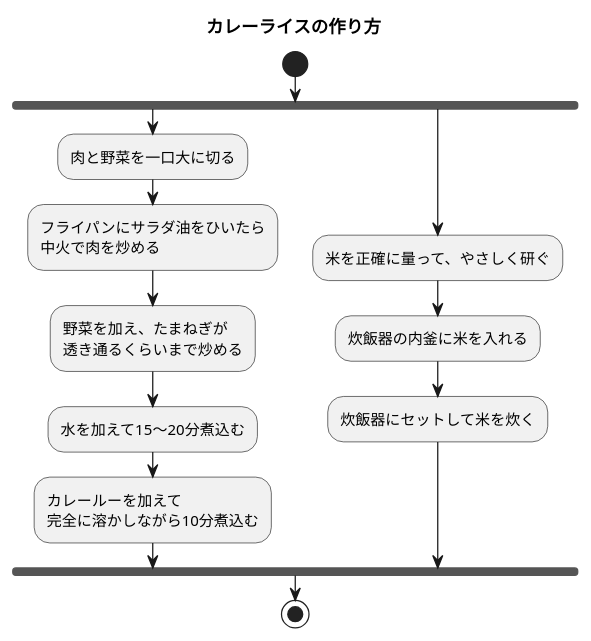
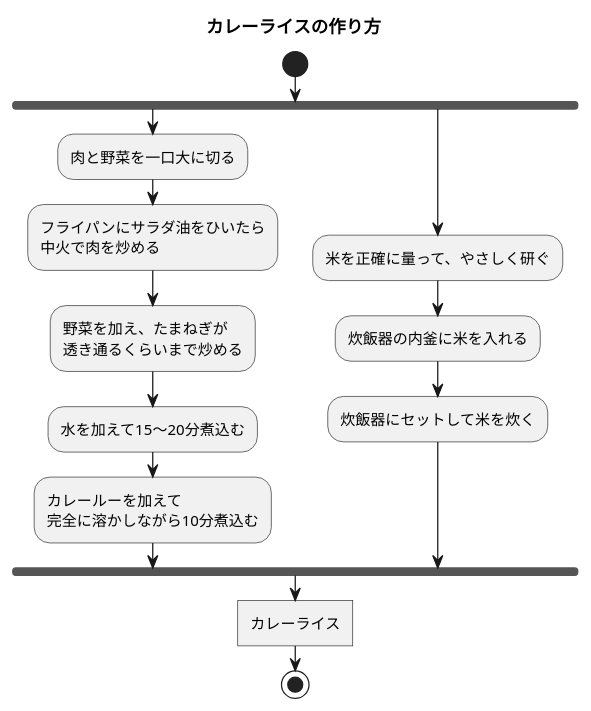
One commit to Kuya0307/unl-introduction changed the diagram in 図7/7章練習_ACカレーライス.pu. Above: the diagram before and after it, drawn with PlantUML.

Commit message:
アクティビティ図を修正

```diff
--- a/図7/7章練習_ACカレーライス.pu
+++ b/図7/7章練習_ACカレーライス.pu
@@ -1,19 +1,20 @@
 @startuml アクティビティ図
     title カレーライスの作り方
     start
     fork
-    :肉と野菜を一口大に切る;
-    :フライパンにサラダ油をひいたら
-    中火で肉を炒める;
-    :野菜を加え、たまねぎが
-    透き通るくらいまで炒める;
-    :水を加えて15〜20分煮込む;
-    :カレールーを加えて
-    完全に溶かしながら10分煮込む;
-    fork again
-    :米を正確に量って、やさしく研ぐ;
-    :炊飯器の内釜に米を入れる;
-    :炊飯器にセットして米を炊く;
+        :肉と野菜を一口大に切る;
+        :フライパンにサラダ油をひいたら
+        中火で肉を炒める;
+        :野菜を加え、たまねぎが
+        透き通るくらいまで炒める;
+        :水を加えて15〜20分煮込む;
+        :カレールーを加えて
+        完全に溶かしながら10分煮込む;
+        fork again
+        :米を正確に量って、やさしく研ぐ;
+        :炊飯器の内釜に米を入れる;
+        :炊飯器にセットして米を炊く;
     end fork
+    :カレーライス]
     stop
 @enduml
```
